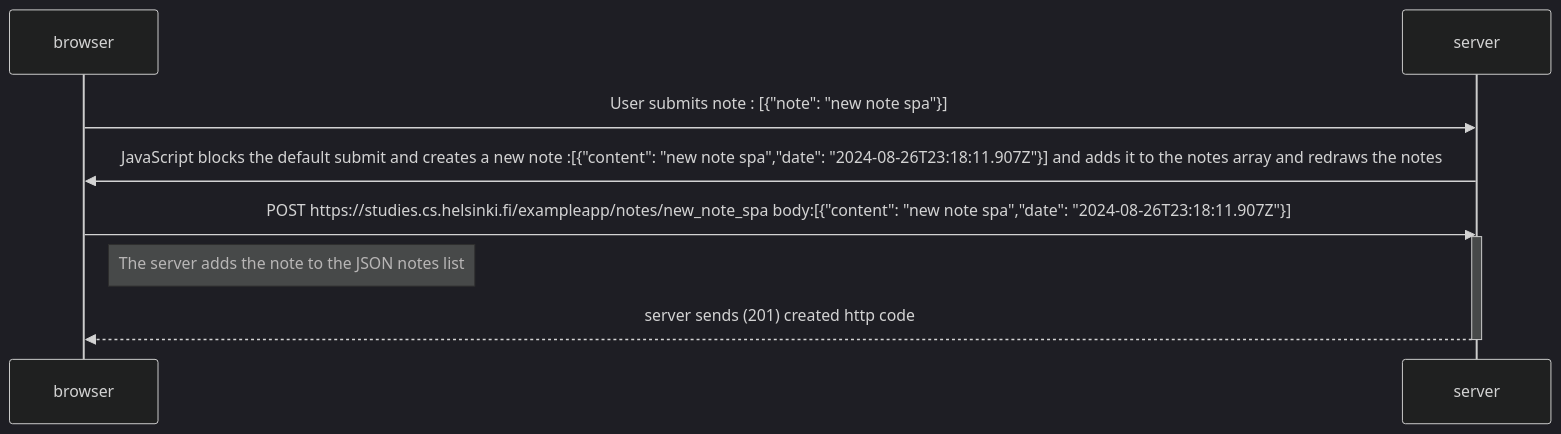
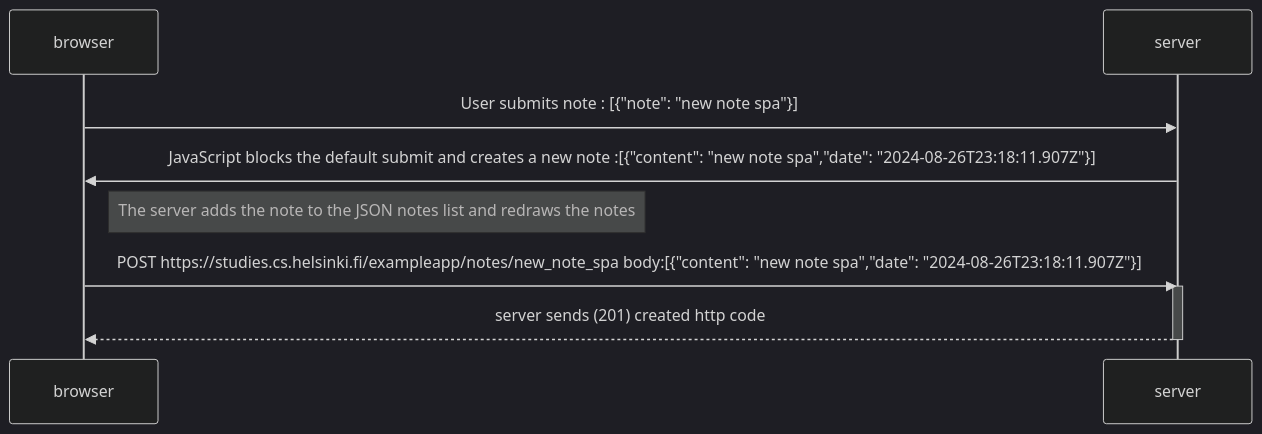
Before and after one commit to boularakSaraManel/FullStackOpen: the diagram in part0/exercise_0_6.md, drawn with Mermaid (dark theme).

Commit message:
edited some Notes

````diff
--- a/part0/exercise_0_6.md
+++ b/part0/exercise_0_6.md
@@ -1,15 +1,16 @@
 ```mermaid
 sequenceDiagram
     participant browser
     participant server
 
     browser->>server: User submits note : [{"note": "new note spa"}] 
-    server->>browser: JavaScript blocks the default submit and creates a new note :[{"content": "new note spa","date": "2024-08-26T23:18:11.907Z"}] and adds it to the notes array and redraws the notes
+    server->>browser: JavaScript blocks the default submit and creates a new note :[{"content": "new note spa","date": "2024-08-26T23:18:11.907Z"}]
+
+    Note right of browser: The server adds the note to the JSON notes list and redraws the notes
 
     browser->>server: POST https://studies.cs.helsinki.fi/exampleapp/notes/new_note_spa body:[{"content": "new note spa","date": "2024-08-26T23:18:11.907Z"}] 
     activate server
-    Note right of browser: The server adds the note to the JSON notes list
     server-->>browser: server sends (201) created http code 
     deactivate server
 
 ```
````
